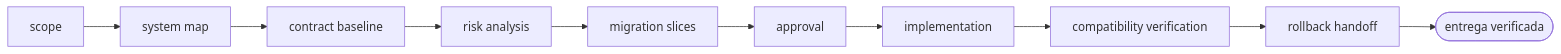
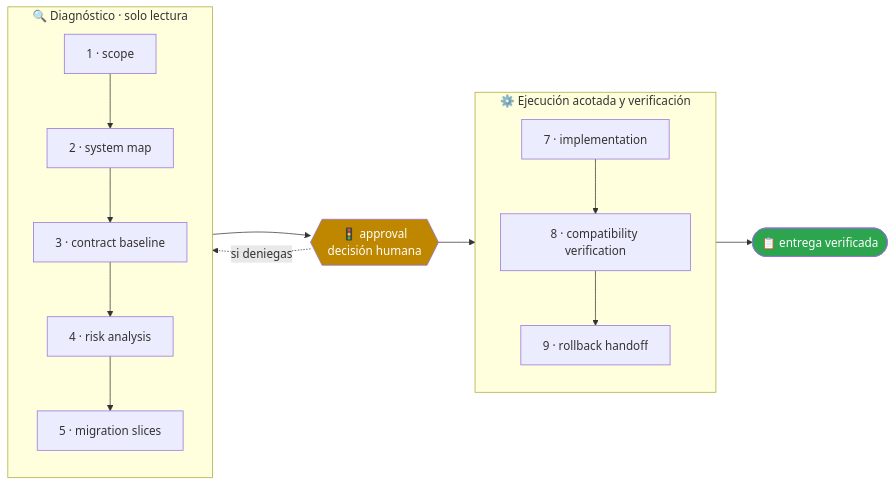
One commit to vladimiracunadev-create/operational-ai-agents changed the second of 2 diagrams in agents/legacy-modernization-agent/README.md. Above: the diagram before and after it, drawn with Mermaid. The commit also changed other lines of this file and 60 other files, not shown here.

````diff
--- a/agents/legacy-modernization-agent/README.md
+++ b/agents/legacy-modernization-agent/README.md
@@ -72,21 +123,28 @@
 ```mermaid
 flowchart LR
-    p1["scope"]
-    p2["system map"]
-    p3["contract baseline"]
-    p4["risk analysis"]
-    p5["migration slices"]
-    p6["approval"]
-    p7["implementation"]
-    p8["compatibility verification"]
-    p9["rollback handoff"]
-    p1 --> p2
-    p2 --> p3
-    p3 --> p4
-    p4 --> p5
-    p5 --> p6
-    p6 --> p7
-    p7 --> p8
-    p8 --> p9
-    p9 --> done(["entrega verificada"])
+    subgraph A["🔍 Diagnóstico · solo lectura"]
+        direction TB
+        p1["1 · scope"]
+        p2["2 · system map"]
+        p3["3 · contract baseline"]
+        p4["4 · risk analysis"]
+        p5["5 · migration slices"]
+        p1 --> p2
+        p2 --> p3
+        p3 --> p4
+        p4 --> p5
+    end
+    G{{"🚦 approval<br/>decisión humana"}}
+    subgraph B["⚙️ Ejecución acotada y verificación"]
+        direction TB
+        p7["7 · implementation"]
+        p8["8 · compatibility verification"]
+        p9["9 · rollback handoff"]
+        p7 --> p8
+        p8 --> p9
+    end
+    A --> G --> B --> FIN(["📋 entrega verificada"])
+    G -.->|"si deniegas"| A
+    style G fill:#bf8700,color:#fff
+    style FIN fill:#2da44e,color:#fff
 ```
````
